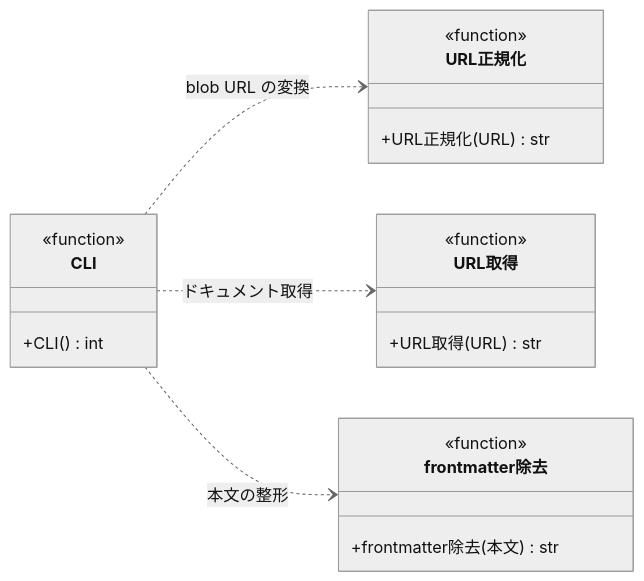
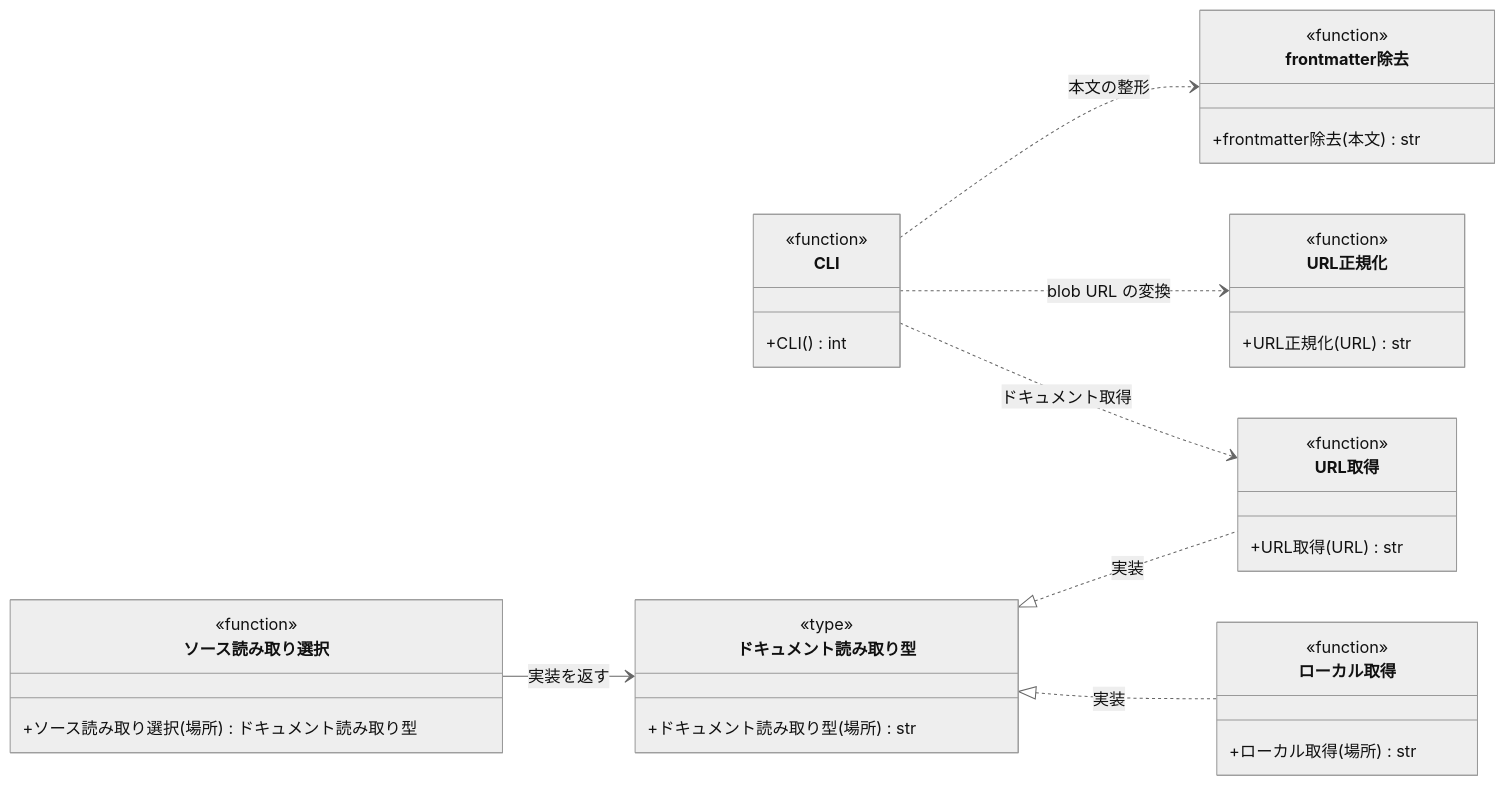
Before and after one commit to shuhei1101/ai-monitor: the diagram in docs/wiki/設計図/モジュール構成/注入/URLドキュメント.py.md, drawn with Mermaid (neutral theme). The commit also changed 80 other files, not shown here.

````diff
--- a/docs/wiki/設計図/モジュール構成/注入/URLドキュメント.py.md
+++ b/docs/wiki/設計図/モジュール構成/注入/URLドキュメント.py.md
@@ -36,29 +36,47 @@
 ```mermaid
 classDiagram
   direction LR
   CLI ..> URL正規化 : blob URL の変換
   CLI ..> URL取得 : ドキュメント取得
   CLI ..> frontmatter除去 : 本文の整形
+  ソース読み取り選択 --> ドキュメント読み取り型 : 実装を返す
+  ドキュメント読み取り型 <|.. URL取得 : 実装
+  ドキュメント読み取り型 <|.. ローカル取得 : 実装
 
   class CLI {
     <<function>>
     +CLI() int
   }
   class URL正規化 {
     <<function>>
     +URL正規化(URL) str
   }
   class frontmatter除去 {
     <<function>>
     +frontmatter除去(本文) str
   }
   class URL取得 {
     <<function>>
     +URL取得(URL) str
   }
+  class ローカル取得 {
+    <<function>>
+    +ローカル取得(場所) str
+  }
+  class ソース読み取り選択 {
+    <<function>>
+    +ソース読み取り選択(場所) ドキュメント読み取り型
+  }
+  class ドキュメント読み取り型 {
+    <<type>>
+    +ドキュメント読み取り型(場所) str
+  }
 
   click CLI href "#cli"
   click URL正規化 href "#url-正規化"
   click frontmatter除去 href "#front-matter-除去"
   click URL取得 href "#url-取得"
+  click ローカル取得 href "#ローカル取得"
+  click ソース読み取り選択 href "#ソース読み取り選択"
+  click ドキュメント読み取り型 href "#ドキュメント読み取り型"
 ```
````
